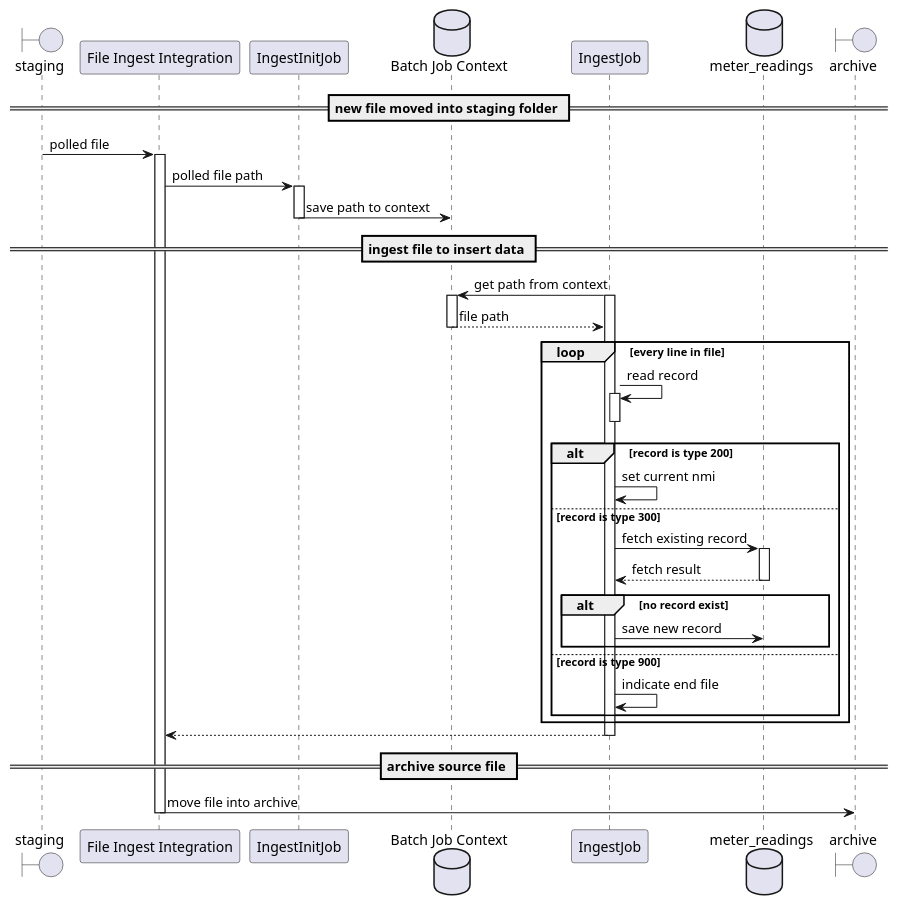
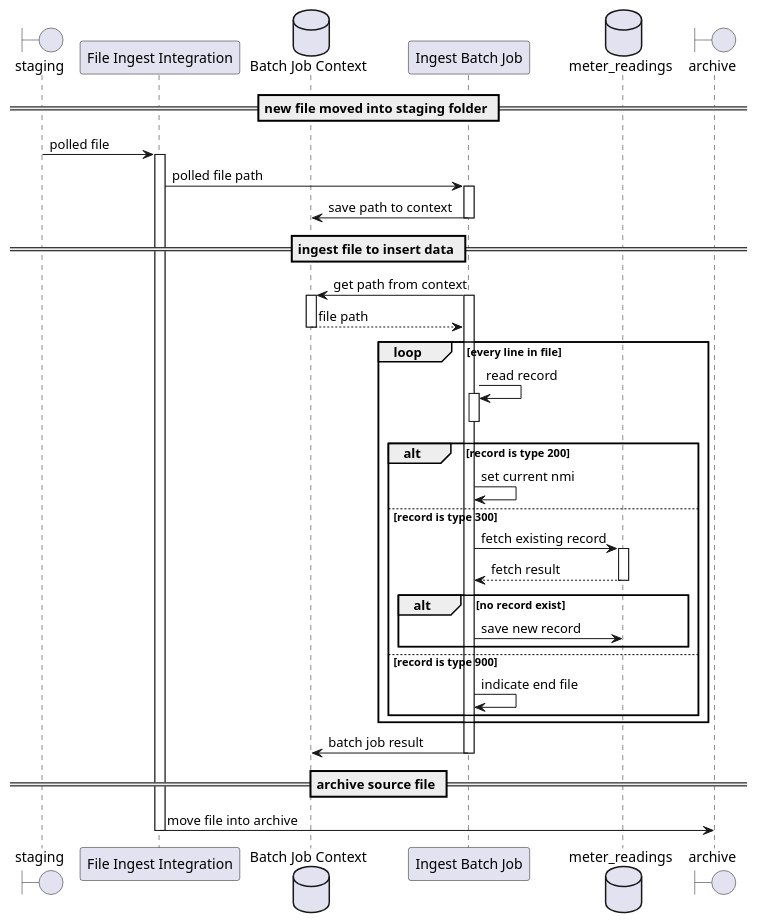
The diagram in sequence_diagram.md (zhenging218/nem12-ingest-batch-service), drawn with PlantUML before and after one commit. The commit also changed other lines of this file and 23 other files, not shown here.

```diff
--- a/sequence_diagram.md
+++ b/sequence_diagram.md
@@ -1,52 +5,51 @@
 @startuml
 boundary staging as i
 participant "File Ingest Integration" as t
-participant IngestInitJob as iij
 database "Batch Job Context" as jc
-participant IngestJob as ij
+participant "Ingest Batch Job" as ij
 database meter_readings as db
 boundary archive as s
 
 == new file moved into staging folder ==
 
 i -> t : polled file
 activate t
-t -> iij : polled file path
-activate iij
-iij -> jc : save path to context
-deactivate iij
+t -> ij : polled file path
+activate ij
+ij -> jc : save path to context
+deactivate ij
 
 == ingest file to insert data ==
 
 ij -> jc : get path from context
 activate ij
 activate jc
 jc --> ij : file path
 deactivate jc
 loop every line in file
 ij -> ij : read record
 activate ij
 deactivate ij
 alt record is type 200
 ij -> ij : set current nmi
 else record is type 300
 ij -> db : fetch existing record
 activate db
 db --> ij : fetch result
 deactivate db
 alt no record exist
 ij -> db : save new record
 end
 activate db
 deactivate db
 else record is type 900
 ij -> ij : indicate end file
 end
 end
-ij --> t
+ij -> jc : batch job result
 deactivate ij
 == archive source file ==
 t -> s : move file into archive
 deactivate t
 
 @enduml
```
